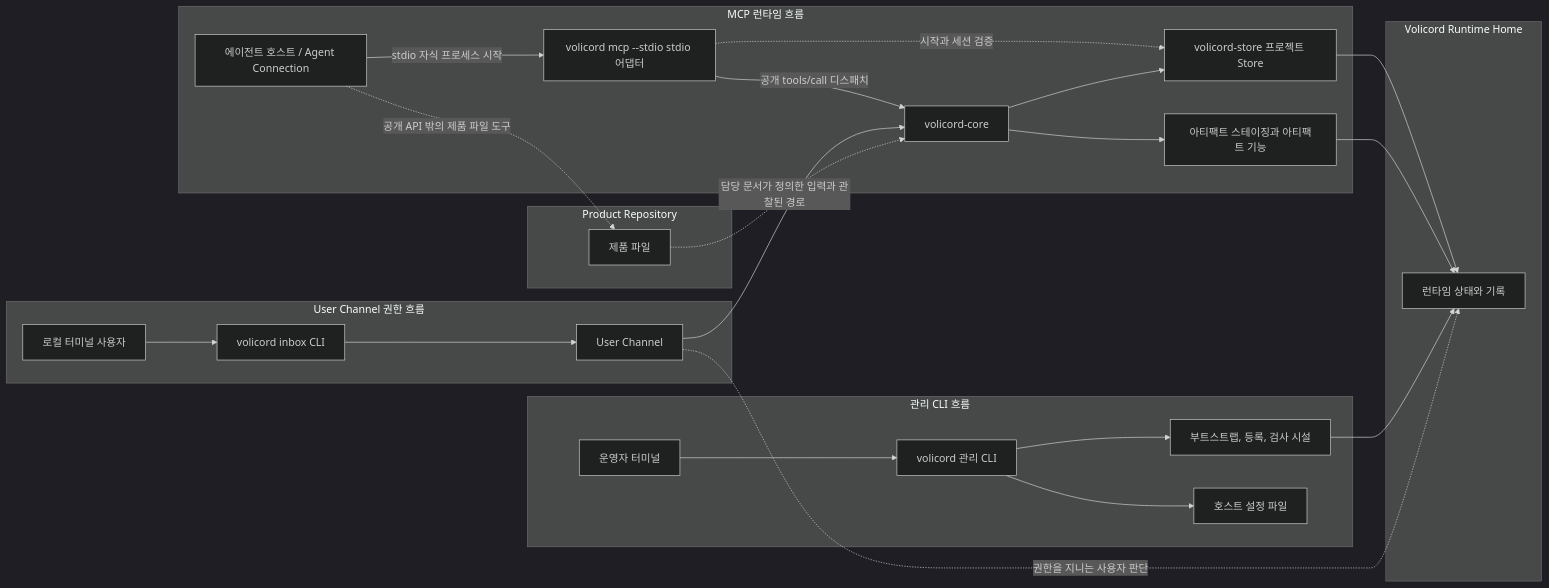
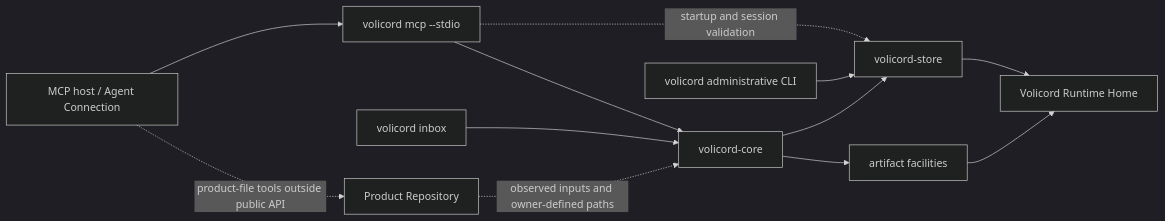
Before and after one commit to minjungw00/Volicord: the diagram in docs/ko/architecture-guide/architecture.md, drawn with Mermaid (dark theme). The commit also changed other lines of this file and 4 other files, not shown here.

Commit message:
docs: focus architecture overview

````diff
--- a/docs/ko/architecture-guide/architecture.md
+++ b/docs/ko/architecture-guide/architecture.md
@@ -19,52 +39,23 @@
 ```mermaid
 flowchart LR
-  subgraph AgentRuntime["MCP 런타임 흐름"]
-    host["에이전트 호스트 / Agent Connection"]
-    mcp["volicord mcp --stdio stdio 어댑터"]
-    core["volicord-core"]
-    store["volicord-store 프로젝트 Store"]
-    artifacts["아티팩트 스테이징과 아티팩트 기능"]
-  end
+  host["MCP host / Agent Connection"]
+  mcp["volicord mcp --stdio"]
+  cli["volicord administrative CLI"]
+  inbox["volicord inbox"]
+  core["volicord-core"]
+  store["volicord-store"]
+  artifacts["artifact facilities"]
+  runtime["Volicord Runtime Home"]
+  product["Product Repository"]
 
-  subgraph AdminManagement["관리 CLI 흐름"]
-    operator["운영자 터미널"]
-    cli["volicord 관리 CLI"]
-    bootstrap["부트스트랩, 등록, 검사 시설"]
-    config["호스트 설정 파일"]
-  end
-
-  subgraph UserAuthority["User Channel 권한 흐름"]
-    user["로컬 터미널 사용자"]
-    usercli["volicord inbox CLI"]
-    channel["User Channel"]
-  end
-
-  subgraph RuntimeBoundary["Volicord Runtime Home"]
-    runtime["런타임 상태와 기록"]
-  end
-
-  subgraph ProductBoundary["Product Repository"]
-    product["제품 파일"]
-  end
-
-  host -- stdio 자식 프로세스 시작 --> mcp
-  mcp -- 공개 tools/call 디스패치 --> core
-  mcp -. 시작과 세션 검증 .-> store
+  host --> mcp --> core
+  mcp -. startup and session validation .-> store
+  cli --> store
+  inbox --> core
   core --> store
   core --> artifacts
   store --> runtime
   artifacts --> runtime
-
-  operator --> cli
-  cli --> bootstrap
-  cli --> config
-  bootstrap --> runtime
-
-  user --> usercli
-  usercli --> channel
-  channel --> core
-  channel -. 권한을 지니는 사용자 판단 .-> runtime
-
-  product -. 담당 문서가 정의한 입력과 관찰된 경로 .-> core
-  host -. 공개 API 밖의 제품 파일 도구 .-> product
+  product -. observed inputs and owner-defined paths .-> core
+  host -. product-file tools outside public API .-> product
 ```
````
